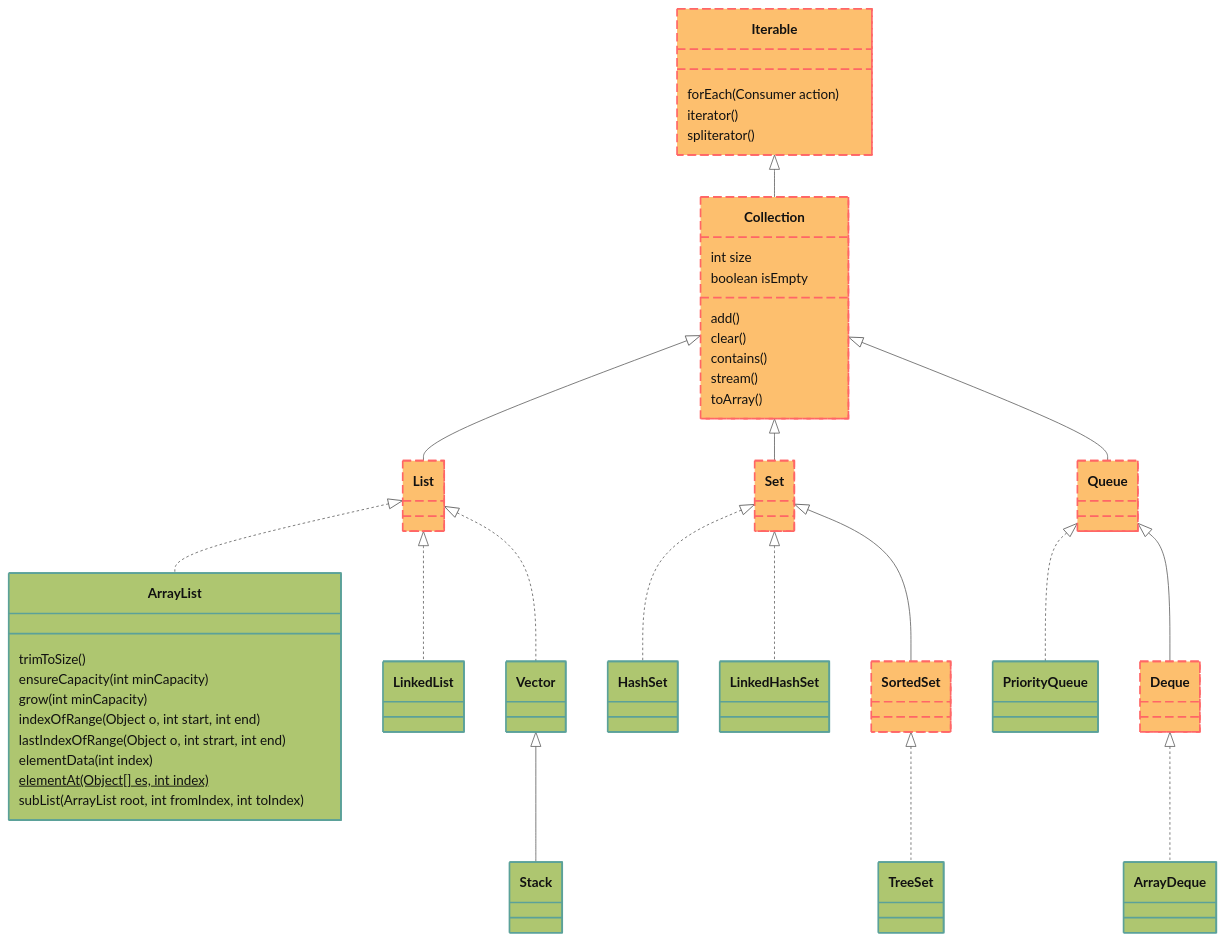
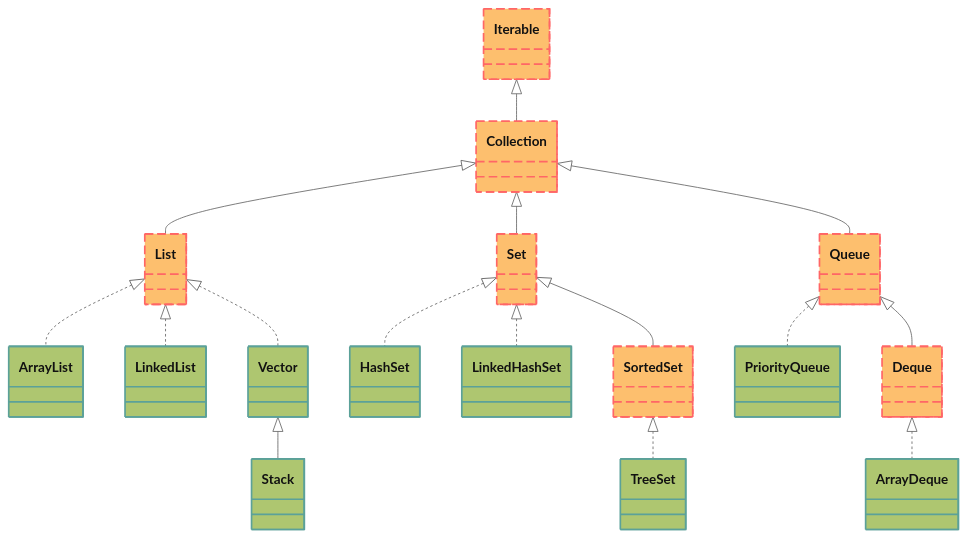
One commit to ViktSh-SPb/Java-Learn changed the diagram in Заметки/Коллекции.md. Above: the diagram before and after it, drawn with Mermaid (neutral theme). The commit also changed other lines of this file and 1 other file, not shown here.

````diff
--- a/Заметки/Коллекции.md
+++ b/Заметки/Коллекции.md
@@ -3,70 +3,44 @@
 ```mermaid
 %% Иерархия коллекций Java (интерфейсы и классы)
 classDiagram
   %% ===== Интерфейсы =====
-  class Iterable:::interface {
-    forEach(Consumer<? super T> action)
-    iterator()
-    spliterator()
-  }
-  class Collection:::interface {
-    int size
-    boolean isEmpty
-    add()
-    clear()
-    contains()
-    stream()
-    toArray()
-  }
-  class List:::interface {
-  }
-  class Set:::interface {
-  }
-  class SortedSet:::interface {
-  }
-  class Queue:::interface {
-  }
-  class Deque:::interface {
-  }
+  class Iterable:::interface
+  class Collection:::interface
+  class List:::interface
+  class Set:::interface
+  class SortedSet:::interface
+  class Queue:::interface
+  class Deque:::interface
 
 
   %% ===== Классы =====
-  class ArrayList:::clazz {
-	  trimToSize()
-	  ensureCapacity(int minCapacity)
-	  grow(int minCapacity)
-	  indexOfRange(Object o, int start, int end)
-	  lastIndexOfRange(Object o, int strart, int end)
-	  elementData(int index)
-	  elementAt(Object[] es, int index)$
-	  subList(ArrayList<E> root, int fromIndex, int toIndex)
-  }
+  class ArrayList:::clazz
   class LinkedList:::clazz
   class Vector:::clazz
   class Stack:::clazz
   class HashSet:::clazz
   class LinkedHashSet:::clazz
   class TreeSet:::clazz
   class PriorityQueue:::clazz
   class ArrayDeque:::clazz
 
   %% ===== Наследование Collection =====
   Iterable <|-- Collection
   Collection <|-- List
   Collection <|-- Set
   Collection <|-- Queue
   List <|.. ArrayList
   List <|.. LinkedList
   List <|.. Vector
   Vector <|-- Stack
   Set <|.. HashSet
   Set <|.. LinkedHashSet
   Set <|-- SortedSet
   SortedSet <|.. TreeSet
   Queue <|.. PriorityQueue
   Queue <|-- Deque
   Deque <|.. ArrayDeque
 
 classDef interface fill:#fdbf6e,stroke:#f66,stroke-width:2px,color:#111,stroke-dasharray: 10 5
 classDef clazz fill:#aec670,stroke:#5ba199,stroke-width:2px,color:#111
 ```
````
